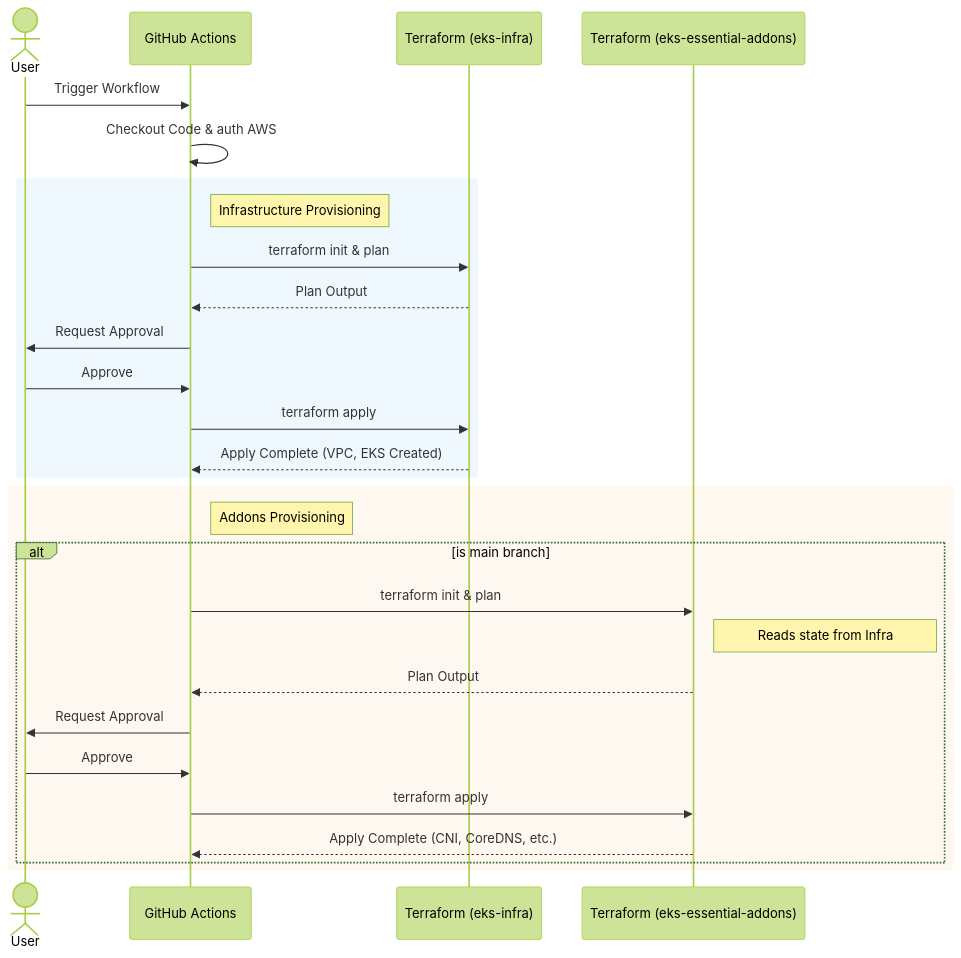
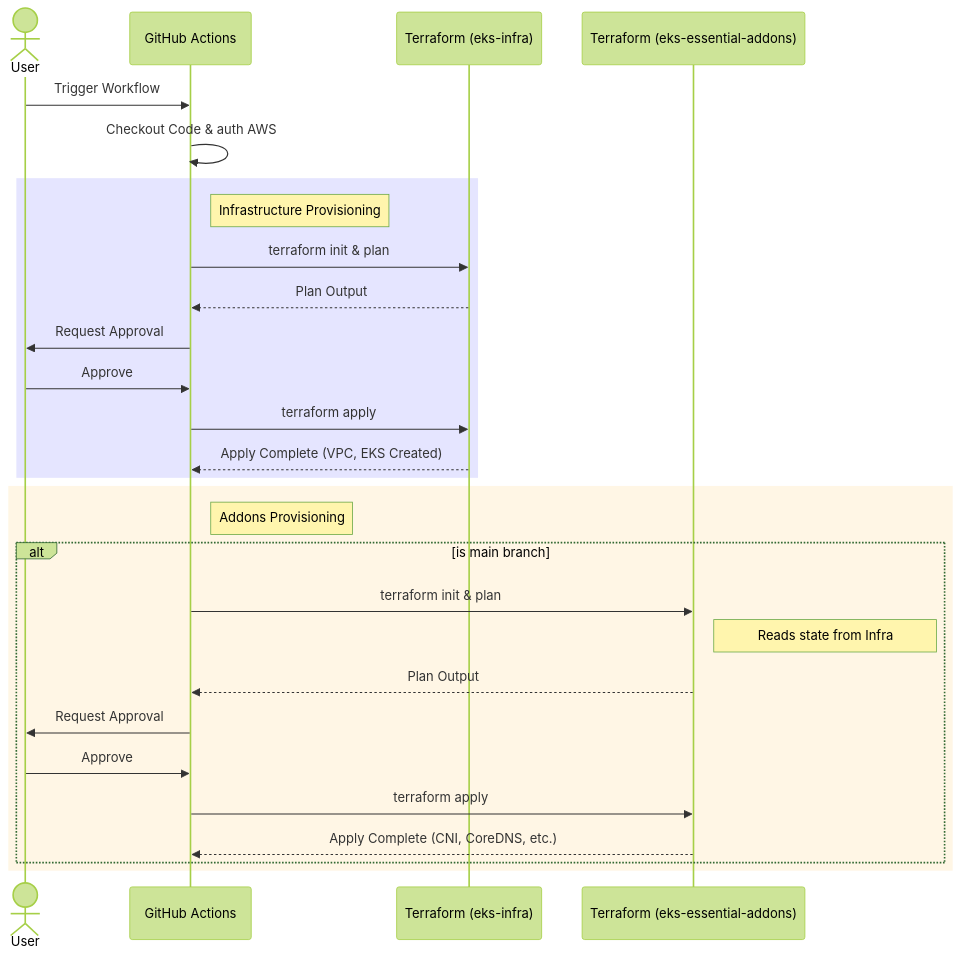
Before and after one commit to orbitcluster/oc-terraform-module-eks-setup: the diagram in README.md, drawn with Mermaid (forest theme).

Commit message:
fix:update readme and actions flow

````diff
--- a/README.md
+++ b/README.md
@@ -45,35 +45,35 @@
 ```mermaid
 sequenceDiagram
     actor User
     participant GA as GitHub Actions
     participant Infra as Terraform (eks-infra)
     participant Addons as Terraform (eks-essential-addons)
 
     User->>GA: Trigger Workflow
     GA->>GA: Checkout Code & auth AWS
 
     %% Infrastructure Step
-    rect rgb(240, 248, 255)
+    rect rgba(0, 0, 255, 0.1)
     note right of GA: Infrastructure Provisioning
     GA->>Infra: terraform init & plan
     Infra-->>GA: Plan Output
     GA->>User: Request Approval
     User->>GA: Approve
     GA->>Infra: terraform apply
     Infra-->>GA: Apply Complete (VPC, EKS Created)
     end
 
     %% Addons Step
-    rect rgb(255, 248, 240)
+    rect rgba(255, 165, 0, 0.1)
     note right of GA: Addons Provisioning
     alt is main branch
         GA->>Addons: terraform init & plan
         note right of Addons: Reads state from Infra
         Addons-->>GA: Plan Output
         GA->>User: Request Approval
         User->>GA: Approve
         GA->>Addons: terraform apply
         Addons-->>GA: Apply Complete (CNI, CoreDNS, etc.)
     end
     end
 ```
````
